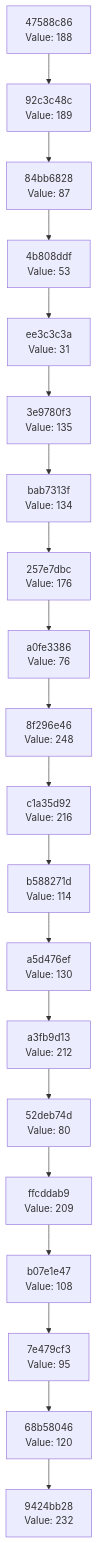
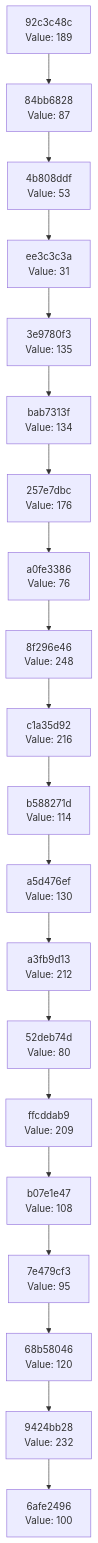
One commit to Abhisheksinha1506/hash-chain-evolver changed the diagram in docs/CHAIN_VISUALIZATION.md. Above: the diagram before and after it, drawn with Mermaid. The commit also changed 3 other files, not shown here.

````diff
--- a/docs/CHAIN_VISUALIZATION.md
+++ b/docs/CHAIN_VISUALIZATION.md
@@ -3,42 +3,42 @@
 ```mermaid
 graph TD
-    C0["9424bb28<br/>Value: 232"]
-    C1["68b58046<br/>Value: 120"]
+    C0["6afe2496<br/>Value: 100"]
+    C1["9424bb28<br/>Value: 232"]
     C1 --> C0
-    C2["7e479cf3<br/>Value: 95"]
+    C2["68b58046<br/>Value: 120"]
     C2 --> C1
-    C3["b07e1e47<br/>Value: 108"]
+    C3["7e479cf3<br/>Value: 95"]
     C3 --> C2
-    C4["ffcddab9<br/>Value: 209"]
+    C4["b07e1e47<br/>Value: 108"]
     C4 --> C3
-    C5["52deb74d<br/>Value: 80"]
+    C5["ffcddab9<br/>Value: 209"]
     C5 --> C4
-    C6["a3fb9d13<br/>Value: 212"]
+    C6["52deb74d<br/>Value: 80"]
     C6 --> C5
-    C7["a5d476ef<br/>Value: 130"]
+    C7["a3fb9d13<br/>Value: 212"]
     C7 --> C6
-    C8["b588271d<br/>Value: 114"]
+    C8["a5d476ef<br/>Value: 130"]
     C8 --> C7
-    C9["c1a35d92<br/>Value: 216"]
+    C9["b588271d<br/>Value: 114"]
     C9 --> C8
-    C10["8f296e46<br/>Value: 248"]
+    C10["c1a35d92<br/>Value: 216"]
     C10 --> C9
-    C11["a0fe3386<br/>Value: 76"]
+    C11["8f296e46<br/>Value: 248"]
     C11 --> C10
-    C12["257e7dbc<br/>Value: 176"]
+    C12["a0fe3386<br/>Value: 76"]
     C12 --> C11
-    C13["bab7313f<br/>Value: 134"]
+    C13["257e7dbc<br/>Value: 176"]
     C13 --> C12
-    C14["3e9780f3<br/>Value: 135"]
+    C14["bab7313f<br/>Value: 134"]
     C14 --> C13
-    C15["ee3c3c3a<br/>Value: 31"]
+    C15["3e9780f3<br/>Value: 135"]
     C15 --> C14
-    C16["4b808ddf<br/>Value: 53"]
+    C16["ee3c3c3a<br/>Value: 31"]
     C16 --> C15
-    C17["84bb6828<br/>Value: 87"]
+    C17["4b808ddf<br/>Value: 53"]
     C17 --> C16
-    C18["92c3c48c<br/>Value: 189"]
+    C18["84bb6828<br/>Value: 87"]
     C18 --> C17
-    C19["47588c86<br/>Value: 188"]
+    C19["92c3c48c<br/>Value: 189"]
     C19 --> C18
 ```
````
